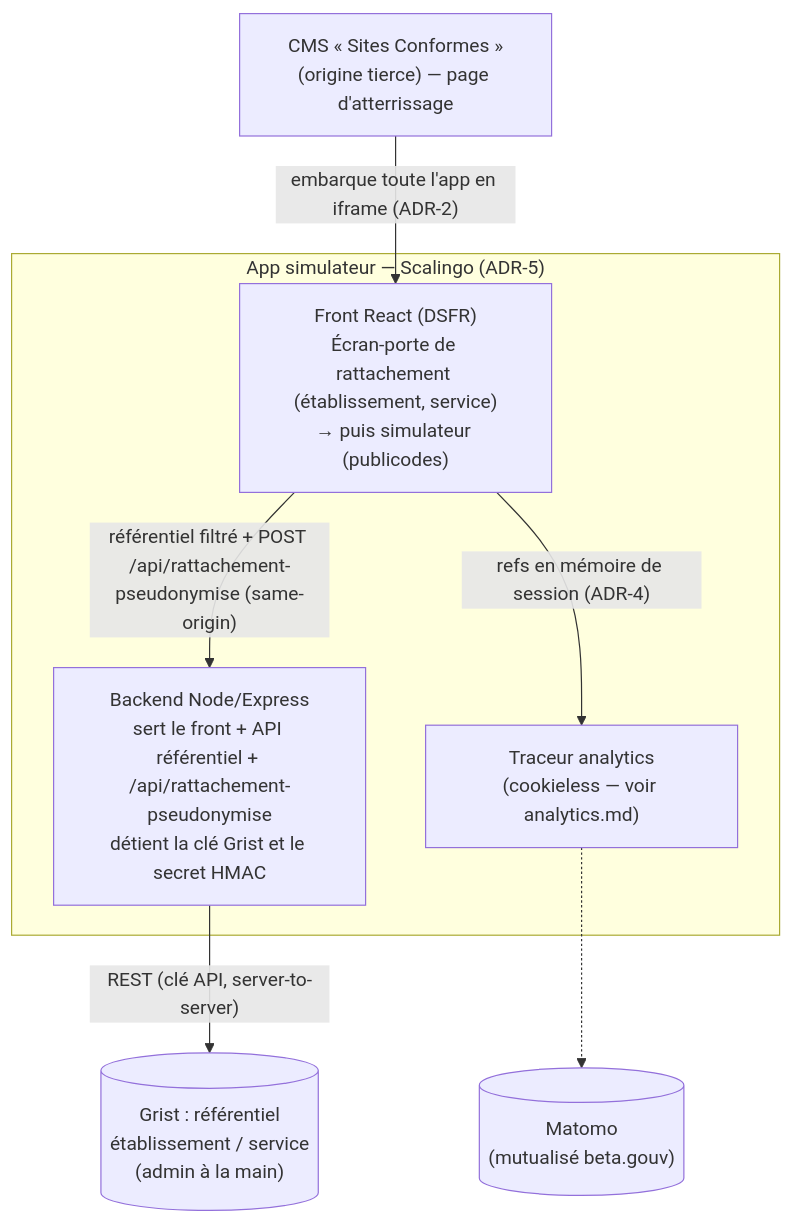
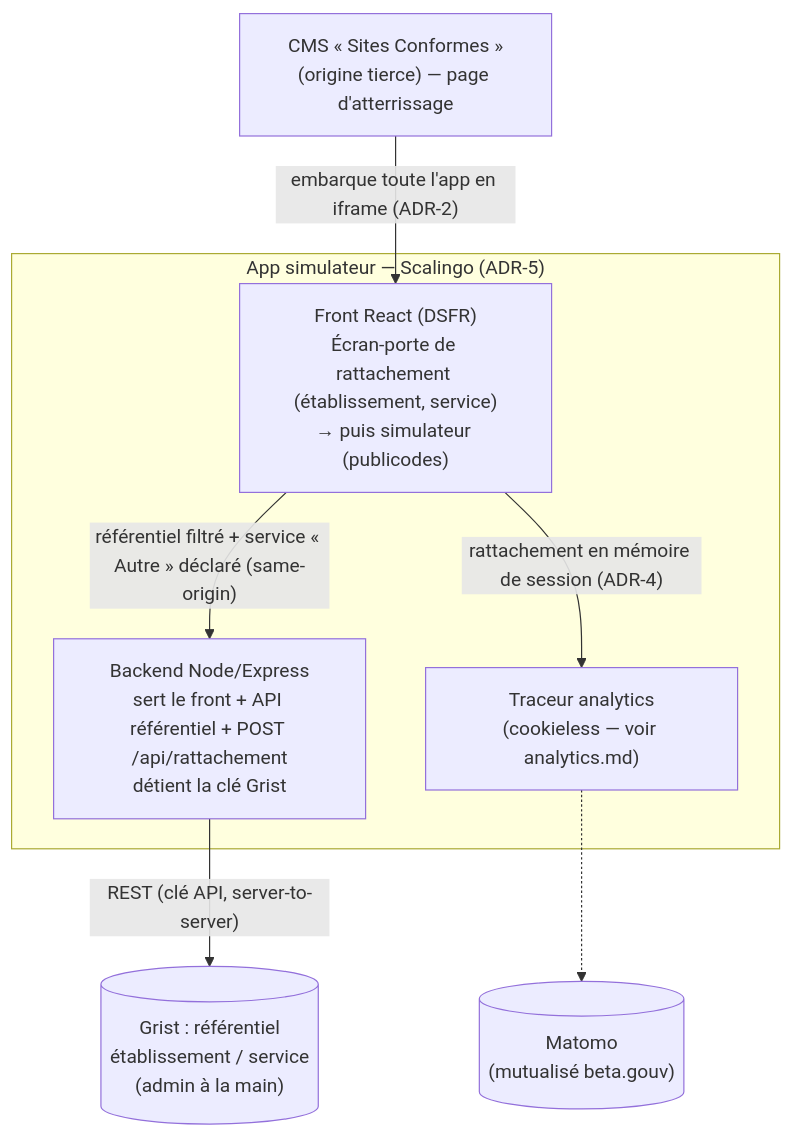
The first of 2 diagrams in apps/simulateur-eligibilite/docs/knowledge/adr/identification.md (betagouv/transports-sanitaires), drawn with Mermaid before and after one commit. The commit also changed other lines of this file and 3 other files, not shown here.

````diff
--- a/apps/simulateur-eligibilite/docs/knowledge/adr/identification.md
+++ b/apps/simulateur-eligibilite/docs/knowledge/adr/identification.md
@@ -183,17 +187,17 @@
 ```mermaid
 flowchart TB
     cms["CMS « Sites Conformes »<br/>(origine tierce) — page d'atterrissage"]
     subgraph scalingo["App simulateur — Scalingo (ADR-5)"]
         front["Front React (DSFR)<br/>Écran-porte de rattachement (établissement, service)<br/>→ puis simulateur (publicodes)"]
-        api["Backend Node/Express<br/>sert le front + API référentiel + /api/rattachement-pseudonymise<br/>détient la clé Grist et le secret HMAC"]
+        api["Backend Node/Express<br/>sert le front + API référentiel + POST /api/rattachement<br/>détient la clé Grist"]
         analytics["Traceur analytics<br/>(cookieless — voir analytics.md)"]
     end
     grist[("Grist : référentiel<br/>établissement / service<br/>(admin à la main)")]
     matomo[("Matomo<br/>(mutualisé beta.gouv)")]
 
     cms -->|"embarque toute l'app en iframe (ADR-2)"| front
-    front -->|"référentiel filtré + POST /api/rattachement-pseudonymise (same-origin)"| api
+    front -->|"référentiel filtré + service « Autre » déclaré (same-origin)"| api
     api -->|"REST (clé API, server-to-server)"| grist
-    front -->|"refs en mémoire de session (ADR-4)"| analytics
+    front -->|"rattachement en mémoire de session (ADR-4)"| analytics
     analytics -.-> matomo
 ```
````
